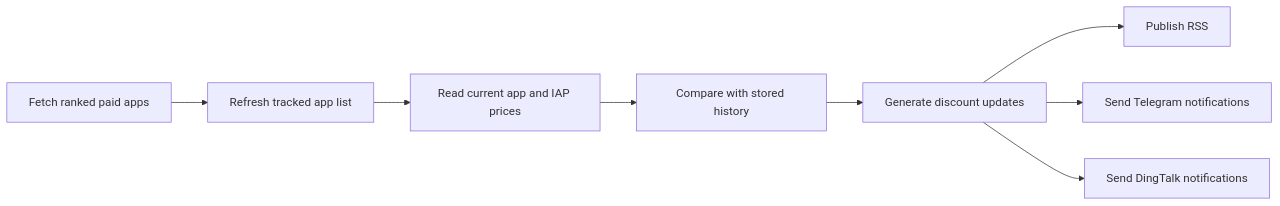
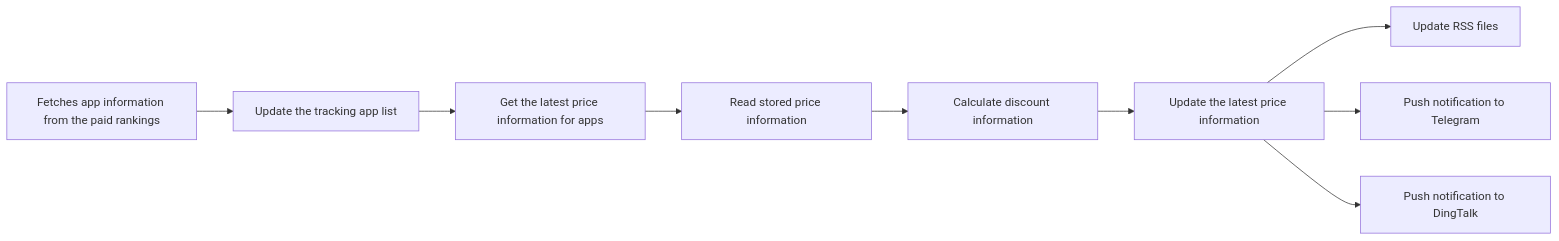
Before and after one commit to dolkra/appstore-discounts: the diagram in README.md, drawn with Mermaid. The commit also changed other lines of this file and 5 other files, not shown here.

````diff
--- a/README.md
+++ b/README.md
@@ -51,10 +69,11 @@
 ```mermaid
 flowchart LR
-  A["Fetch ranked paid apps"] --> B["Refresh tracked app list"]
-  B --> C["Read current app and IAP prices"]
-  C --> D["Compare with stored history"]
-  D --> E["Generate discount updates"]
-  E --> F["Publish RSS"]
-  E --> G["Send Telegram notifications"]
-  E --> H["Send DingTalk notifications"]
+  A["Fetches app information from the paid rankings"] --> B["Update the tracking app list"]
+  B --> C["Get the latest price information for apps"]
+  C --> D["Read stored price information"]
+  D --> E["Calculate discount information"]
+  E --> F["Update the latest price information"]
+  F --> G["Update RSS files"]
+  F --> H["Push notification to Telegram"]
+  F --> I["Push notification to DingTalk"]
 ```
````
